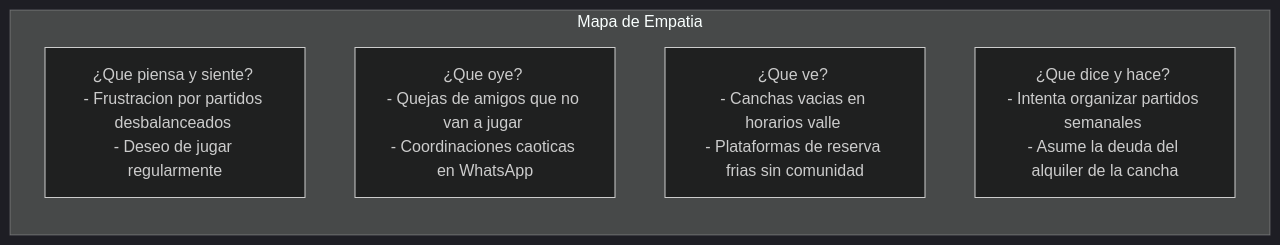
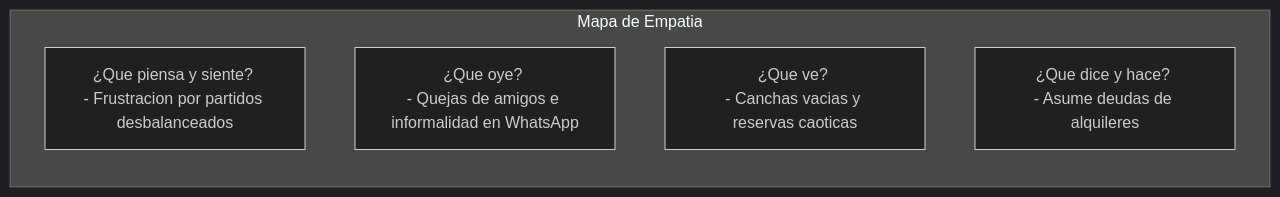
The third of 9 diagrams in TESIS_FINAL_SPORTMATCH_ES.md (jojiz29/sportmatch-connect), drawn with Mermaid (dark theme) before and after one commit. The commit also changed other lines of this file and 7 other files, not shown here.

````diff
--- a/TESIS_FINAL_SPORTMATCH_ES.md
+++ b/TESIS_FINAL_SPORTMATCH_ES.md
@@ -415,9 +220,9 @@
 ```mermaid
 graph LR
     subgraph Mapa de Empatia
-        C1[¿Que piensa y siente? <br>- Frustracion por partidos desbalanceados <br>- Deseo de jugar regularmente]
-        C2[¿Que oye? <br>- Quejas de amigos que no van a jugar <br>- Coordinaciones caoticas en WhatsApp]
-        C3[¿Que ve? <br>- Canchas vacias en horarios valle <br>- Plataformas de reserva frias sin comunidad]
-        C4[¿Que dice y hace? <br>- Intenta organizar partidos semanales <br>- Asume la deuda del alquiler de la cancha]
+        C1[¿Que piensa y siente? <br>- Frustracion por partidos desbalanceados]
+        C2[¿Que oye? <br>- Quejas de amigos e informalidad en WhatsApp]
+        C3[¿Que ve? <br>- Canchas vacias y reservas caoticas]
+        C4[¿Que dice y hace? <br>- Asume deudas de alquileres]
     end
 ```
````
